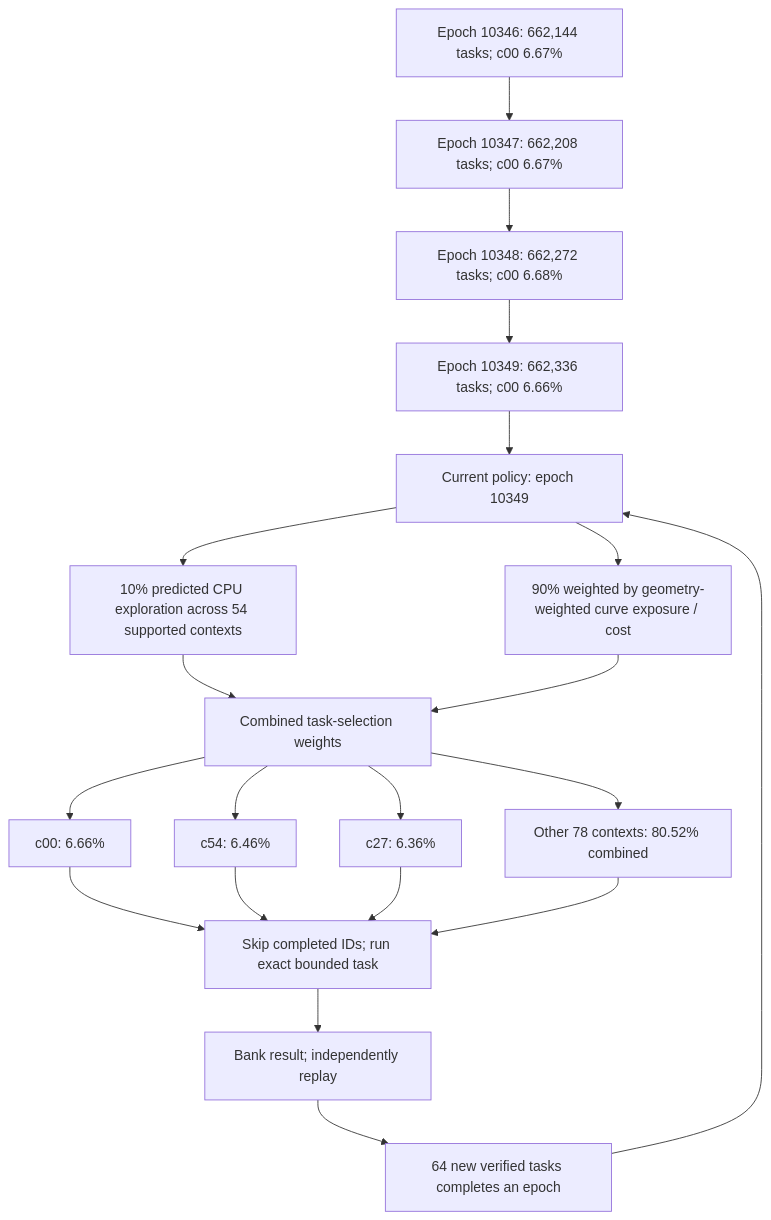
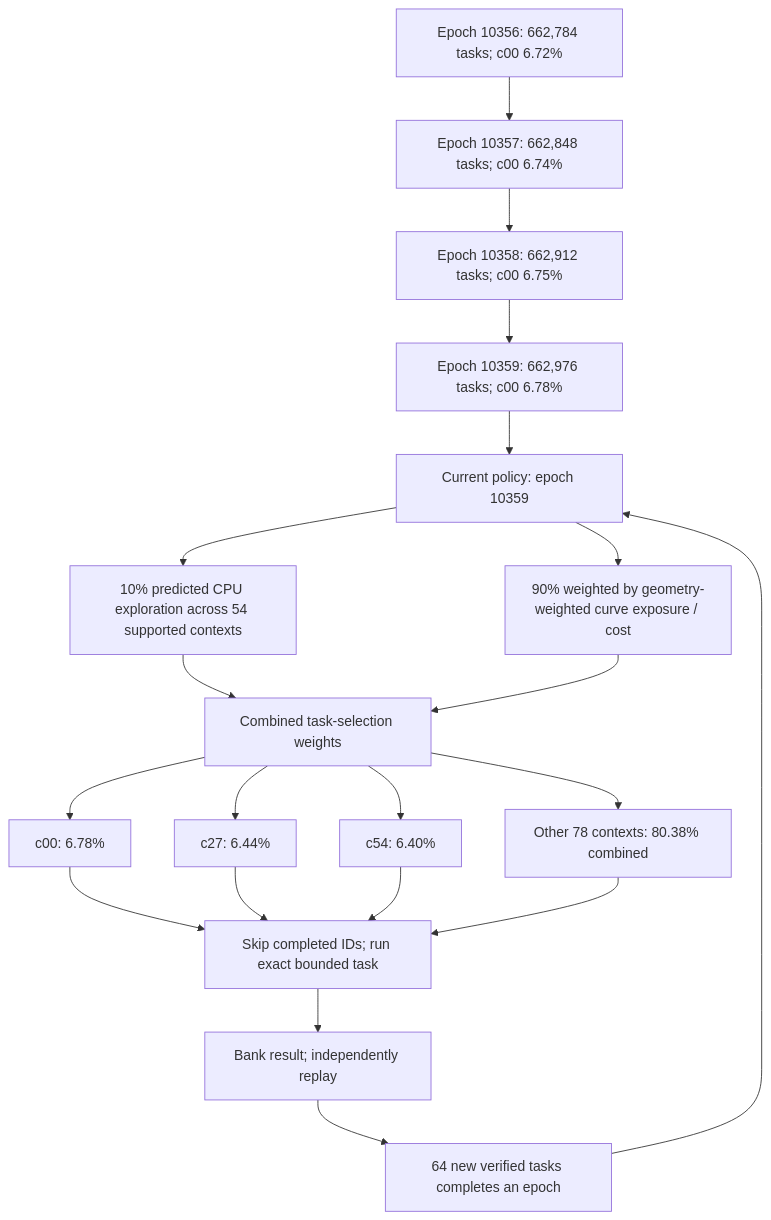
Before and after one commit to Kuberwastaken/math-gambling: the first of 4 diagrams in README.md, drawn with Mermaid. The commit also changed other lines of this file and 1781 other files, not shown here.

````diff
--- a/README.md
+++ b/README.md
@@ -60,27 +60,27 @@
 ```mermaid
 flowchart TD
-    H0["Epoch 10346: 662,144 tasks; c00 6.67%"]
-    H1["Epoch 10347: 662,208 tasks; c00 6.67%"]
+    H0["Epoch 10356: 662,784 tasks; c00 6.72%"]
+    H1["Epoch 10357: 662,848 tasks; c00 6.74%"]
     H0 --> H1
-    H2["Epoch 10348: 662,272 tasks; c00 6.68%"]
+    H2["Epoch 10358: 662,912 tasks; c00 6.75%"]
     H1 --> H2
-    H3["Epoch 10349: 662,336 tasks; c00 6.66%"]
+    H3["Epoch 10359: 662,976 tasks; c00 6.78%"]
     H2 --> H3
-    Policy["Current policy: epoch 10349"]
+    Policy["Current policy: epoch 10359"]
     H3 --> Policy
     Policy --> Explore["10% predicted CPU exploration across 54 supported contexts"]
     Policy --> Cost["90% weighted by geometry-weighted curve exposure / cost"]
     Explore --> Mix["Combined task-selection weights"]
     Cost --> Mix
-    Mix --> C0["c00: 6.66%"]
-    Mix --> C1["c54: 6.46%"]
-    Mix --> C2["c27: 6.36%"]
-    Mix --> Rest["Other 78 contexts: 80.52% combined"]
+    Mix --> C0["c00: 6.78%"]
+    Mix --> C1["c27: 6.44%"]
+    Mix --> C2["c54: 6.40%"]
+    Mix --> Rest["Other 78 contexts: 80.38% combined"]
     C0 --> Check["Skip completed IDs; run exact bounded task"]
     C1 --> Check
     C2 --> Check
     Rest --> Check
     Check --> Replay["Bank result; independently replay"]
     Replay --> Gate["64 new verified tasks completes an epoch"]
     Gate --> Policy
 ```
````
